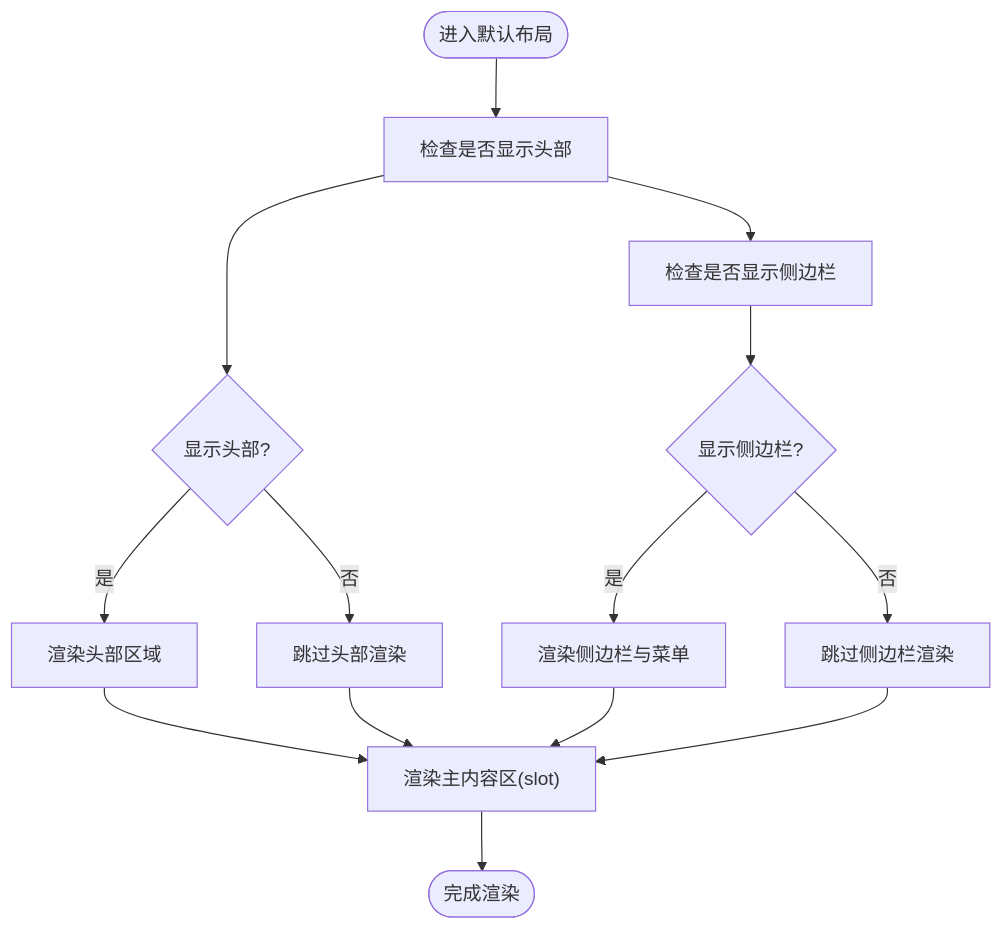
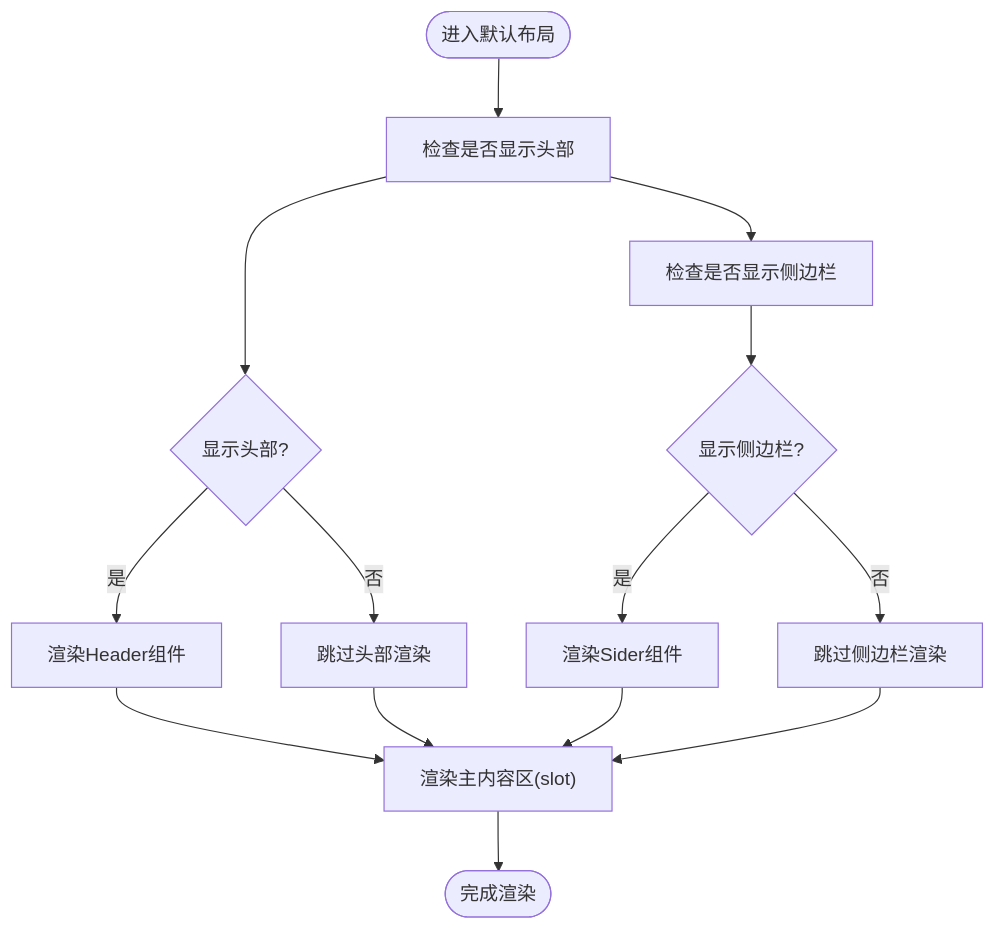
Before and after one commit to my-Sitara/artisan-base-frontend: the sixth of 7 diagrams in .qoder/repowiki/zh/content/架构设计/布局架构.md, drawn with Mermaid. The commit also changed other lines of this file and 25 other files, not shown here.

````diff
--- a/.qoder/repowiki/zh/content/架构设计/布局架构.md
+++ b/.qoder/repowiki/zh/content/架构设计/布局架构.md
@@ -168,16 +247,16 @@
 ```mermaid
 flowchart TD
 Start(["进入默认布局"]) --> CheckHeader["检查是否显示头部"]
 CheckHeader --> HeaderYes{"显示头部?"}
-HeaderYes --> |是| RenderHeader["渲染头部区域"]
+HeaderYes --> |是| RenderHeader["渲染Header组件"]
 HeaderYes --> |否| SkipHeader["跳过头部渲染"]
 CheckHeader --> CheckSidebar["检查是否显示侧边栏"]
 CheckSidebar --> SidebarYes{"显示侧边栏?"}
-SidebarYes --> |是| RenderSidebar["渲染侧边栏与菜单"]
+SidebarYes --> |是| RenderSidebar["渲染Sider组件"]
 SidebarYes --> |否| SkipSidebar["跳过侧边栏渲染"]
 RenderHeader --> Main["渲染主内容区(slot)"]
 RenderSidebar --> Main
 SkipHeader --> Main
 SkipSidebar --> Main
 Main --> End(["完成渲染"])
 ```
````
